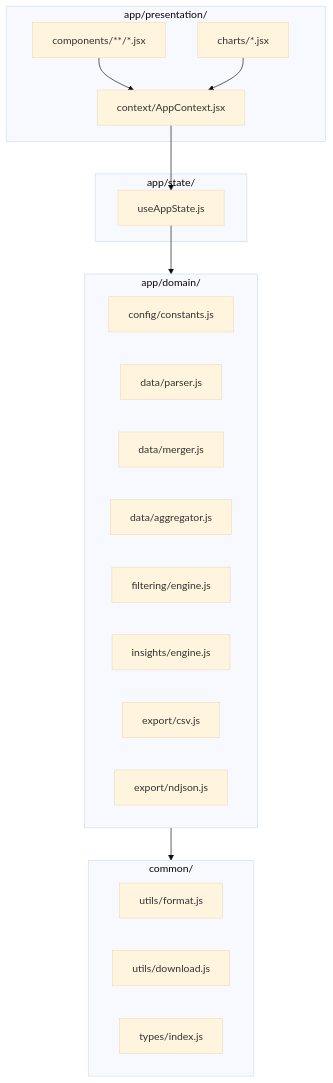
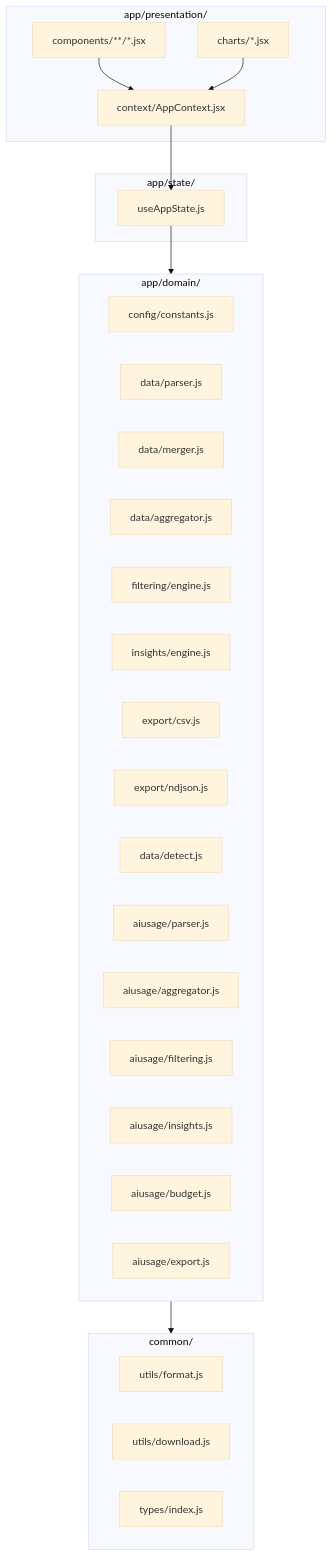
Before and after one commit to kinncj/GitHub-Copilot-Enterprise-Dashboard: the first of 5 diagrams in docs/architecture.md, drawn with Mermaid (base theme). The commit also changed other lines of this file and 4 other files, not shown here.

````diff
--- a/docs/architecture.md
+++ b/docs/architecture.md
@@ -7,35 +7,42 @@
 ```mermaid
 graph TD
     subgraph Presentation["app/presentation/"]
         CTX[context/AppContext.jsx]
         COMP[components/**/*.jsx]
         CHARTS[charts/*.jsx]
     end
 
     subgraph State["app/state/"]
         HOOK[useAppState.js]
     end
 
     subgraph Domain["app/domain/"]
         D1[config/constants.js]
         D2[data/parser.js]
         D3[data/merger.js]
         D4[data/aggregator.js]
         D5[filtering/engine.js]
         D6[insights/engine.js]
         D7[export/csv.js]
         D8[export/ndjson.js]
+        D9[data/detect.js]
+        A1[aiusage/parser.js]
+        A2[aiusage/aggregator.js]
+        A3[aiusage/filtering.js]
+        A4[aiusage/insights.js]
+        A5[aiusage/budget.js]
+        A6[aiusage/export.js]
     end
 
     subgraph Common["common/"]
         C1[utils/format.js]
         C2[utils/download.js]
         C3[types/index.js]
     end
 
     COMP --> CTX
     CHARTS --> CTX
     CTX --> HOOK
     HOOK --> Domain
     Domain --> Common
 ```
````
